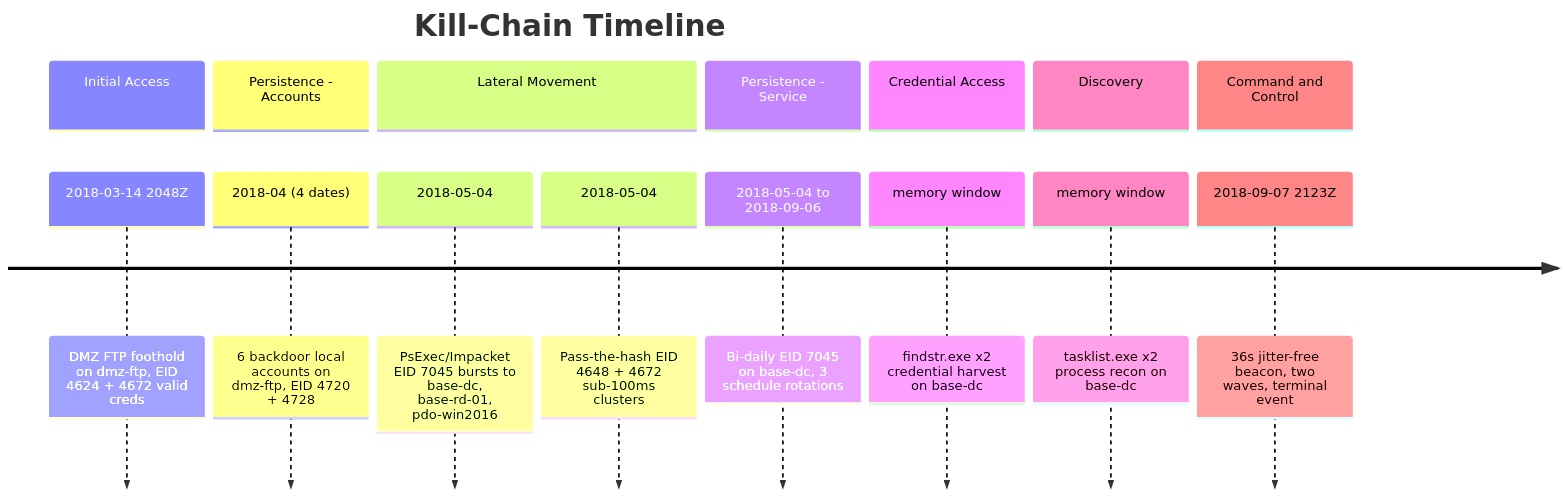
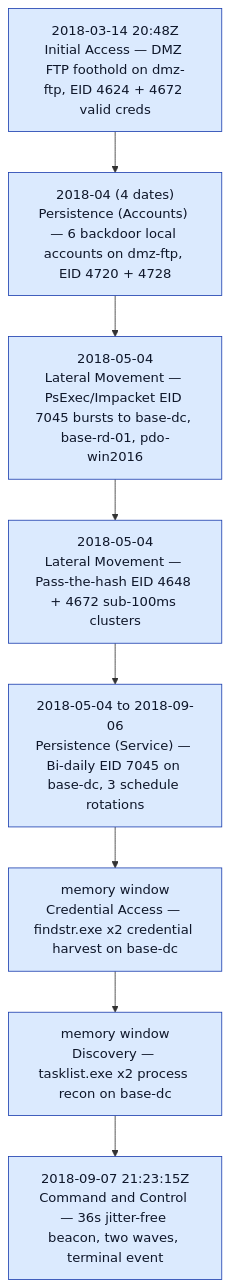
One commit to galvangabriel-web/agentropix-mcp changed the second of 2 diagrams in 2026-06-01-report-engine-design/mockups/analyst.md. Above: the diagram before and after it, drawn with Mermaid. The commit also changed other lines of this file and 36 other files, not shown here.

Commit message:
report-engine: fix report formatting — broken mermaid timeline -> GitLab-safe flowchart (classDef colors), pro self-contained HTML (bundled mermaid.js), Playwright-rendered PDFs (diagrams as SVG), tidied risk-register columns

````diff
--- a/2026-06-01-report-engine-design/mockups/analyst.md
+++ b/2026-06-01-report-engine-design/mockups/analyst.md
@@ -176,19 +178,14 @@
 ```mermaid
-timeline
-    title Kill-Chain Timeline
-    section Initial Access
-        2018-03-14 2048Z : DMZ FTP foothold on dmz-ftp, EID 4624 + 4672 valid creds
-    section Persistence - Accounts
-        2018-04 (4 dates) : 6 backdoor local accounts on dmz-ftp, EID 4720 + 4728
-    section Lateral Movement
-        2018-05-04 : PsExec/Impacket EID 7045 bursts to base-dc, base-rd-01, pdo-win2016
-        2018-05-04 : Pass-the-hash EID 4648 + 4672 sub-100ms clusters
-    section Persistence - Service
-        2018-05-04 to 2018-09-06 : Bi-daily EID 7045 on base-dc, 3 schedule rotations
-    section Credential Access
-        memory window : findstr.exe x2 credential harvest on base-dc
-    section Discovery
-        memory window : tasklist.exe x2 process recon on base-dc
-    section Command and Control
-        2018-09-07 2123Z : 36s jitter-free beacon, two waves, terminal event
+flowchart TD
+    e0["2018-03-14 20:48Z<br/>Initial Access — DMZ FTP foothold on dmz-ftp, EID 4624 + 4672 valid creds"]
+    e1["2018-04 (4 dates)<br/>Persistence (Accounts) — 6 backdoor local accounts on dmz-ftp, EID 4720 + 4728"]
+    e2["2018-05-04<br/>Lateral Movement — PsExec/Impacket EID 7045 bursts to base-dc, base-rd-01, pdo-win2016"]
+    e3["2018-05-04<br/>Lateral Movement — Pass-the-hash EID 4648 + 4672 sub-100ms clusters"]
+    e4["2018-05-04 to 2018-09-06<br/>Persistence (Service) — Bi-daily EID 7045 on base-dc, 3 schedule rotations"]
+    e5["memory window<br/>Credential Access — findstr.exe x2 credential harvest on base-dc"]
+    e6["memory window<br/>Discovery — tasklist.exe x2 process recon on base-dc"]
+    e7["2018-09-07 21:23:15Z<br/>Command and Control — 36s jitter-free beacon, two waves, terminal event"]
+    e0 --> e1 --> e2 --> e3 --> e4 --> e5 --> e6 --> e7
+    classDef ev fill:#dbeafe,stroke:#1e40af,color:#0f172a;
+    class e0,e1,e2,e3,e4,e5,e6,e7 ev;
 ```
````
